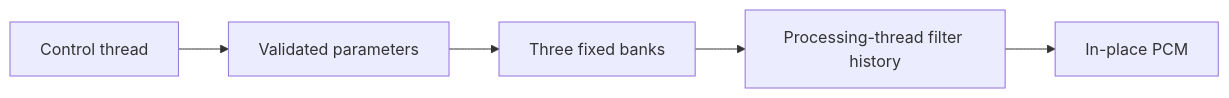
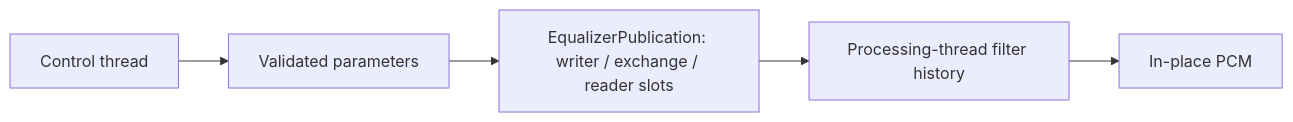
The diagram in src/core/audio/private/processing/README.md (Vokerlee/wiola-player), drawn with Mermaid before and after one commit. The commit also changed other lines of this file and 8 other files, not shown here.

Commit message:
audio: bound equalizer parameter publication

````diff
--- a/src/core/audio/private/processing/README.md
+++ b/src/core/audio/private/processing/README.md
@@ -5,7 +5,7 @@
 ```mermaid
 flowchart LR
     Control[Control thread] --> Parameters[Validated parameters]
-    Parameters --> Banks[Three fixed banks]
+    Parameters --> Banks[EqualizerPublication: writer / exchange / reader slots]
     Banks --> Processor[Processing-thread filter history]
     Processor --> Samples[In-place PCM]
 ```
````
